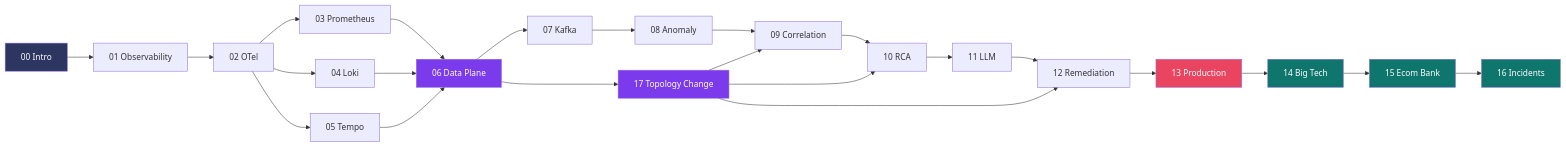
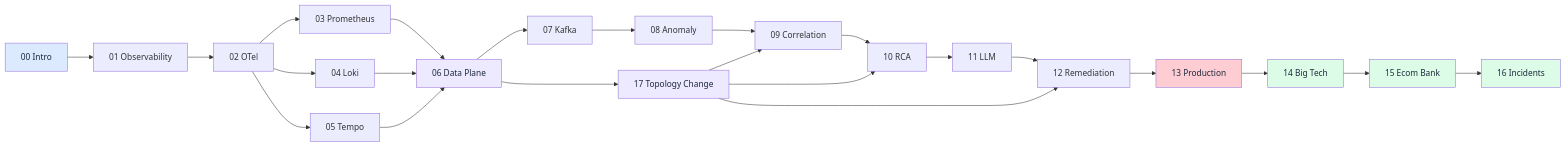
Before and after one commit to XUanhoa04/aiops-engineering-handbook: the first of 2 diagrams in README.md, drawn with Mermaid. The commit also changed other lines of this file, not shown here.

````diff
--- a/README.md
+++ b/README.md
@@ -59,33 +68,33 @@
 ```mermaid
 graph LR
     A[00 Intro] --> B[01 Observability]
     B --> C[02 OTel]
     C --> D[03 Prometheus]
     C --> E[04 Loki]
     C --> F[05 Tempo]
     D --> DP[06 Data Plane]
     E --> DP
     F --> DP
     DP --> G[07 Kafka]
     G --> H[08 Anomaly]
     H --> I[09 Correlation]
     I --> J[10 RCA]
     J --> K[11 LLM]
     K --> L[12 Remediation]
     L --> M[13 Production]
     M --> N[14 Big Tech]
     N --> O[15 Ecom Bank]
     O --> P[16 Incidents]
     DP --> Q[17 Topology Change]
     Q --> I
     Q --> J
     Q --> L
 
-    style A fill:#2d3561,color:#fff
-    style DP fill:#7c3aed,color:#fff
-    style Q fill:#7c3aed,color:#fff
-    style M fill:#e94560,color:#fff
-    style N fill:#0f766e,color:#fff
-    style O fill:#0f766e,color:#fff
-    style P fill:#0f766e,color:#fff
+    style A fill:#dbeafe,color:#1e293b
+    style DP fill:#ede9fe,color:#1e293b
+    style Q fill:#ede9fe,color:#1e293b
+    style M fill:#fecdd3,color:#1e293b
+    style N fill:#dcfce7,color:#1e293b
+    style O fill:#dcfce7,color:#1e293b
+    style P fill:#dcfce7,color:#1e293b
 ```
````
